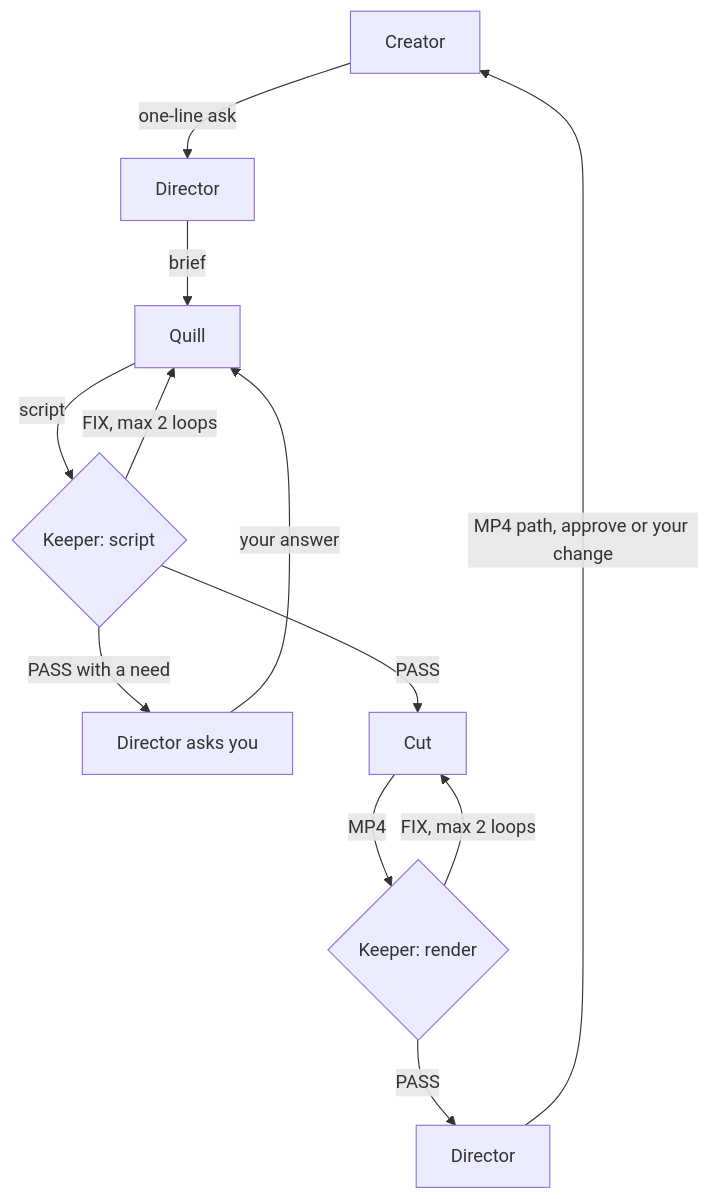
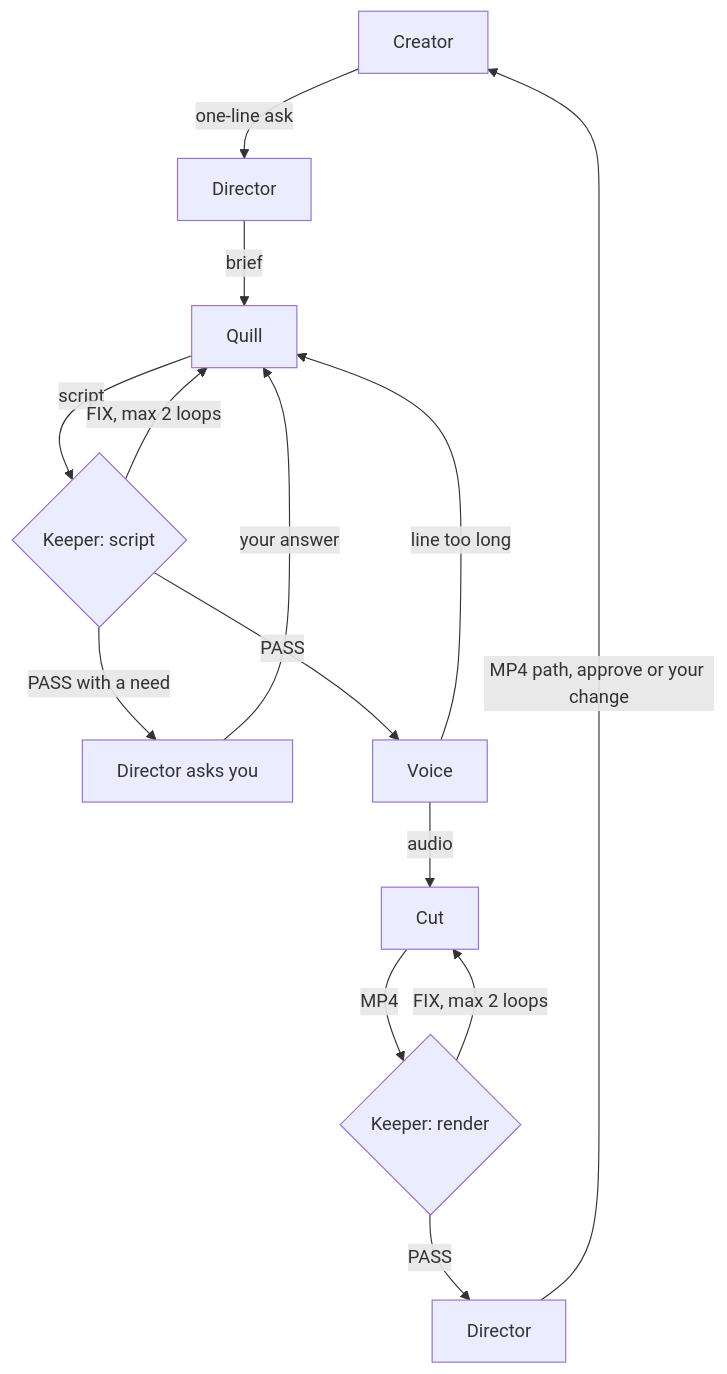
Before and after one commit to Nishitbaria/marketing-desk: the diagram in README.md, drawn with Mermaid. The commit also changed other lines of this file and 12 other files, not shown here.

````diff
--- a/README.md
+++ b/README.md
@@ -49,14 +52,16 @@
 ```mermaid
 flowchart TD
   C[Creator] -->|one-line ask| D[Director]
   D -->|brief| Q[Quill]
   Q -->|script| K1{Keeper: script}
   K1 -->|FIX, max 2 loops| Q
   K1 -->|PASS with a need| N[Director asks you]
   N -->|your answer| Q
-  K1 -->|PASS| R[Cut]
+  K1 -->|PASS| V[Voice]
+  V -->|audio| R[Cut]
+  V -->|line too long| Q
   R -->|MP4| K2{Keeper: render}
   K2 -->|FIX, max 2 loops| R
   K2 -->|PASS| D2[Director]
   D2 -->|MP4 path, approve or your change| C
 ```
````
